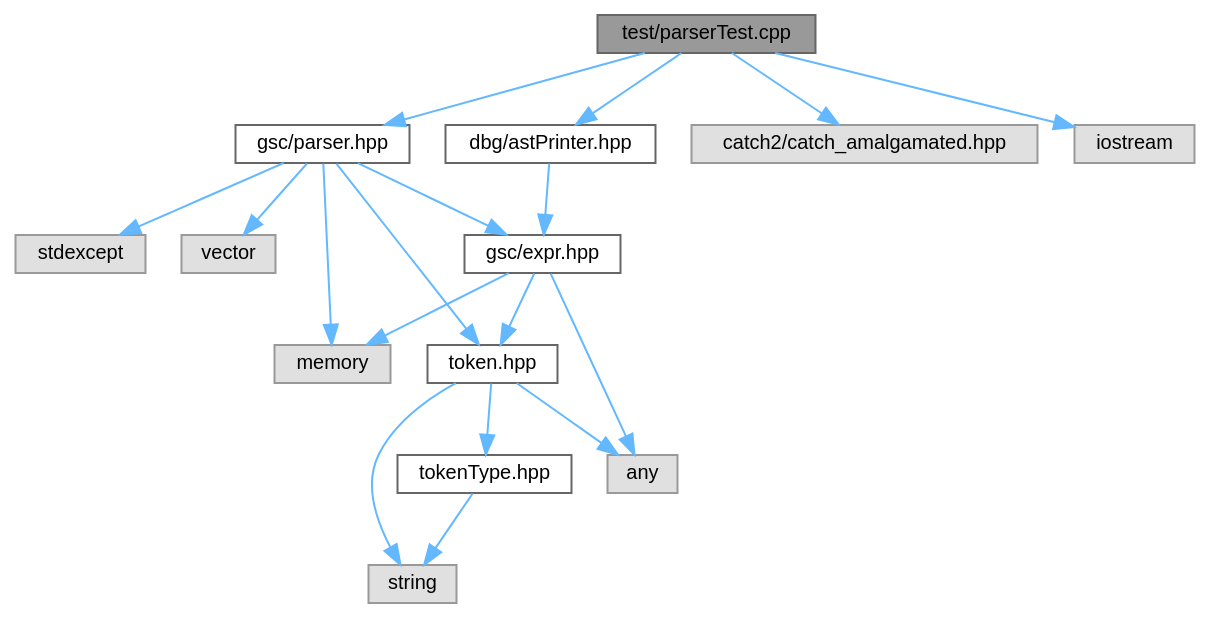
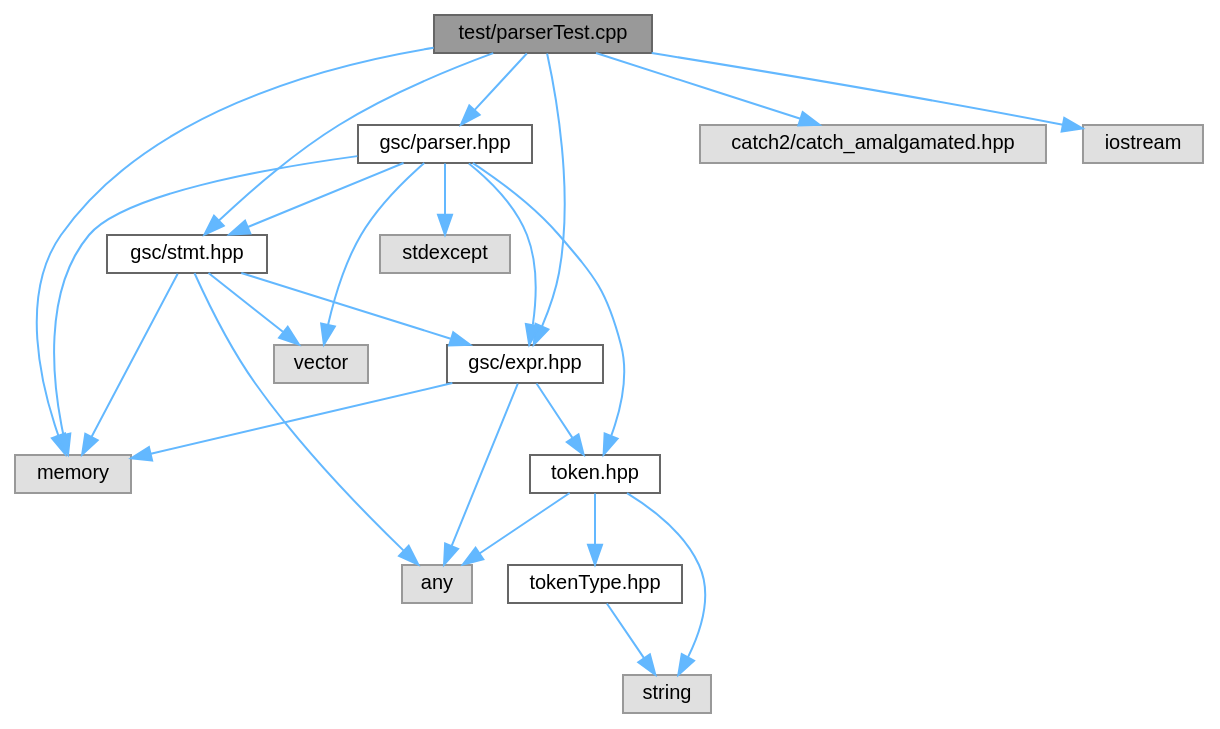
Before and after one commit to helcsnewsxd/gsc-interpreter: the diagram in parserTest_8cpp__incl.dot, drawn with Graphviz. The commit also changed 234 other files, not shown here.

```diff
--- a/parserTest_8cpp__incl.dot
+++ b/parserTest_8cpp__incl.dot
@@ -1,37 +1,43 @@
 digraph "test/parserTest.cpp"
 {
  // LATEX_PDF_SIZE
   bgcolor="transparent";
   edge [fontname=Helvetica,fontsize=10,labelfontname=Helvetica,labelfontsize=10];
   node [fontname=Helvetica,fontsize=10,shape=box,height=0.2,width=0.4];
   Node1 [id="Node000001",label="test/parserTest.cpp",height=0.2,width=0.4,color="gray40", fillcolor="grey60", style="filled", fontcolor="black",tooltip=" "];
   Node1 -> Node2 [id="edge1_Node000001_Node000002",color="steelblue1",style="solid",tooltip=" "];
   Node2 [id="Node000002",label="gsc/parser.hpp",height=0.2,width=0.4,color="grey40", fillcolor="white", style="filled",URL="$parser_8hpp.html",tooltip=" "];
   Node2 -> Node3 [id="edge2_Node000002_Node000003",color="steelblue1",style="solid",tooltip=" "];
   Node3 [id="Node000003",label="gsc/expr.hpp",height=0.2,width=0.4,color="grey40", fillcolor="white", style="filled",URL="$expr_8hpp.html",tooltip=" "];
   Node3 -> Node4 [id="edge3_Node000003_Node000004",color="steelblue1",style="solid",tooltip=" "];
   Node4 [id="Node000004",label="token.hpp",height=0.2,width=0.4,color="grey40", fillcolor="white", style="filled",URL="$token_8hpp.html",tooltip=" "];
   Node4 -> Node5 [id="edge4_Node000004_Node000005",color="steelblue1",style="solid",tooltip=" "];
   Node5 [id="Node000005",label="tokenType.hpp",height=0.2,width=0.4,color="grey40", fillcolor="white", style="filled",URL="$tokenType_8hpp.html",tooltip=" "];
   Node5 -> Node6 [id="edge5_Node000005_Node000006",color="steelblue1",style="solid",tooltip=" "];
   Node6 [id="Node000006",label="string",height=0.2,width=0.4,color="grey60", fillcolor="#E0E0E0", style="filled",tooltip=" "];
   Node4 -> Node7 [id="edge6_Node000004_Node000007",color="steelblue1",style="solid",tooltip=" "];
   Node7 [id="Node000007",label="any",height=0.2,width=0.4,color="grey60", fillcolor="#E0E0E0", style="filled",tooltip=" "];
   Node4 -> Node6 [id="edge7_Node000004_Node000006",color="steelblue1",style="solid",tooltip=" "];
   Node3 -> Node7 [id="edge8_Node000003_Node000007",color="steelblue1",style="solid",tooltip=" "];
   Node3 -> Node8 [id="edge9_Node000003_Node000008",color="steelblue1",style="solid",tooltip=" "];
   Node8 [id="Node000008",label="memory",height=0.2,width=0.4,color="grey60", fillcolor="#E0E0E0", style="filled",tooltip=" "];
-  Node2 -> Node4 [id="edge10_Node000002_Node000004",color="steelblue1",style="solid",tooltip=" "];
-  Node2 -> Node8 [id="edge11_Node000002_Node000008",color="steelblue1",style="solid",tooltip=" "];
-  Node2 -> Node9 [id="edge12_Node000002_Node000009",color="steelblue1",style="solid",tooltip=" "];
-  Node9 [id="Node000009",label="stdexcept",height=0.2,width=0.4,color="grey60", fillcolor="#E0E0E0", style="filled",tooltip=" "];
-  Node2 -> Node10 [id="edge13_Node000002_Node000010",color="steelblue1",style="solid",tooltip=" "];
+  Node2 -> Node9 [id="edge10_Node000002_Node000009",color="steelblue1",style="solid",tooltip=" "];
+  Node9 [id="Node000009",label="gsc/stmt.hpp",height=0.2,width=0.4,color="grey40", fillcolor="white", style="filled",URL="$stmt_8hpp.html",tooltip=" "];
+  Node9 -> Node3 [id="edge11_Node000009_Node000003",color="steelblue1",style="solid",tooltip=" "];
+  Node9 -> Node7 [id="edge12_Node000009_Node000007",color="steelblue1",style="solid",tooltip=" "];
+  Node9 -> Node8 [id="edge13_Node000009_Node000008",color="steelblue1",style="solid",tooltip=" "];
+  Node9 -> Node10 [id="edge14_Node000009_Node000010",color="steelblue1",style="solid",tooltip=" "];
   Node10 [id="Node000010",label="vector",height=0.2,width=0.4,color="grey60", fillcolor="#E0E0E0", style="filled",tooltip=" "];
-  Node1 -> Node11 [id="edge14_Node000001_Node000011",color="steelblue1",style="solid",tooltip=" "];
-  Node11 [id="Node000011",label="catch2/catch_amalgamated.hpp",height=0.2,width=0.4,color="grey60", fillcolor="#E0E0E0", style="filled",tooltip=" "];
-  Node1 -> Node12 [id="edge15_Node000001_Node000012",color="steelblue1",style="solid",tooltip=" "];
-  Node12 [id="Node000012",label="dbg/astPrinter.hpp",height=0.2,width=0.4,color="grey40", fillcolor="white", style="filled",URL="$astPrinter_8hpp.html",tooltip=" "];
-  Node12 -> Node3 [id="edge16_Node000012_Node000003",color="steelblue1",style="solid",tooltip=" "];
-  Node1 -> Node13 [id="edge17_Node000001_Node000013",color="steelblue1",style="solid",tooltip=" "];
+  Node2 -> Node4 [id="edge15_Node000002_Node000004",color="steelblue1",style="solid",tooltip=" "];
+  Node2 -> Node8 [id="edge16_Node000002_Node000008",color="steelblue1",style="solid",tooltip=" "];
+  Node2 -> Node11 [id="edge17_Node000002_Node000011",color="steelblue1",style="solid",tooltip=" "];
+  Node11 [id="Node000011",label="stdexcept",height=0.2,width=0.4,color="grey60", fillcolor="#E0E0E0", style="filled",tooltip=" "];
+  Node2 -> Node10 [id="edge18_Node000002_Node000010",color="steelblue1",style="solid",tooltip=" "];
+  Node1 -> Node12 [id="edge19_Node000001_Node000012",color="steelblue1",style="solid",tooltip=" "];
+  Node12 [id="Node000012",label="catch2/catch_amalgamated.hpp",height=0.2,width=0.4,color="grey60", fillcolor="#E0E0E0", style="filled",tooltip=" "];
+  Node1 -> Node3 [id="edge20_Node000001_Node000003",color="steelblue1",style="solid",tooltip=" "];
+  Node1 -> Node9 [id="edge21_Node000001_Node000009",color="steelblue1",style="solid",tooltip=" "];
+  Node1 -> Node13 [id="edge22_Node000001_Node000013",color="steelblue1",style="solid",tooltip=" "];
   Node13 [id="Node000013",label="iostream",height=0.2,width=0.4,color="grey60", fillcolor="#E0E0E0", style="filled",tooltip=" "];
+  Node1 -> Node8 [id="edge23_Node000001_Node000008",color="steelblue1",style="solid",tooltip=" "];
 }
```
